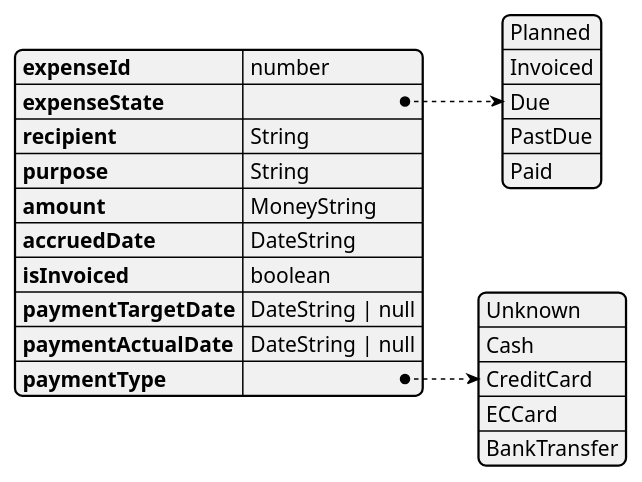
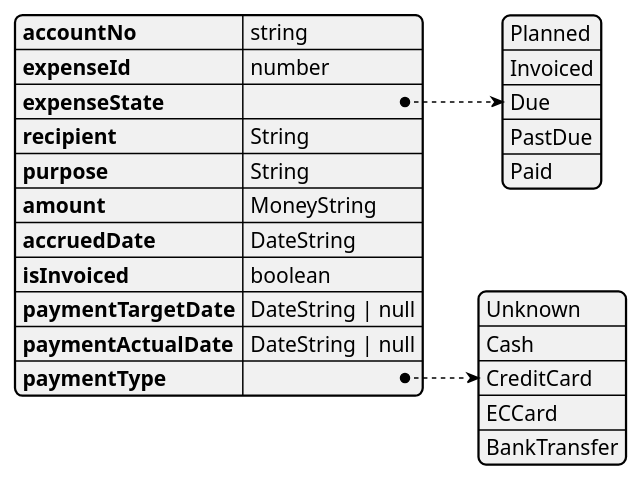
Before and after one commit to onouv/expenses: the diagram in doc/implementation/backend/use-cases/dtos/ExpenseEntityDto.puml, drawn with PlantUML. The commit also changed 7 other files, not shown here.

```diff
--- a/doc/implementation/backend/use-cases/dtos/ExpenseEntityDto.puml
+++ b/doc/implementation/backend/use-cases/dtos/ExpenseEntityDto.puml
@@ -1,14 +1,15 @@
 @startjson
 {
+    "accountNo": "string",
     "expenseId": "number",
     "expenseState": ["Planned", "Invoiced", "Due", "PastDue", "Paid"],
     "recipient": "String",
     "purpose": "String",
     "amount": "MoneyString",
     "accruedDate": "DateString",
     "isInvoiced": "boolean",
     "paymentTargetDate": "DateString | null",
     "paymentActualDate": "DateString | null",
     "paymentType": ["Unknown", "Cash", "CreditCard", "ECCard", "BankTransfer"]
 }
 @endjson
```
